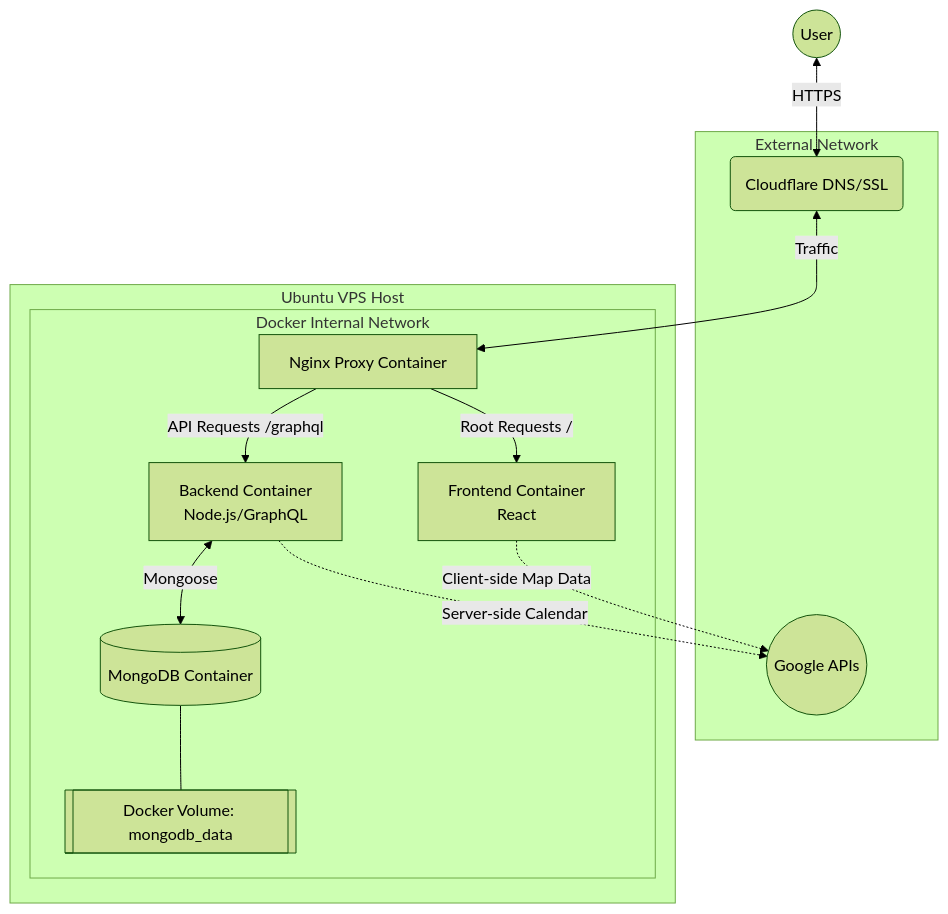
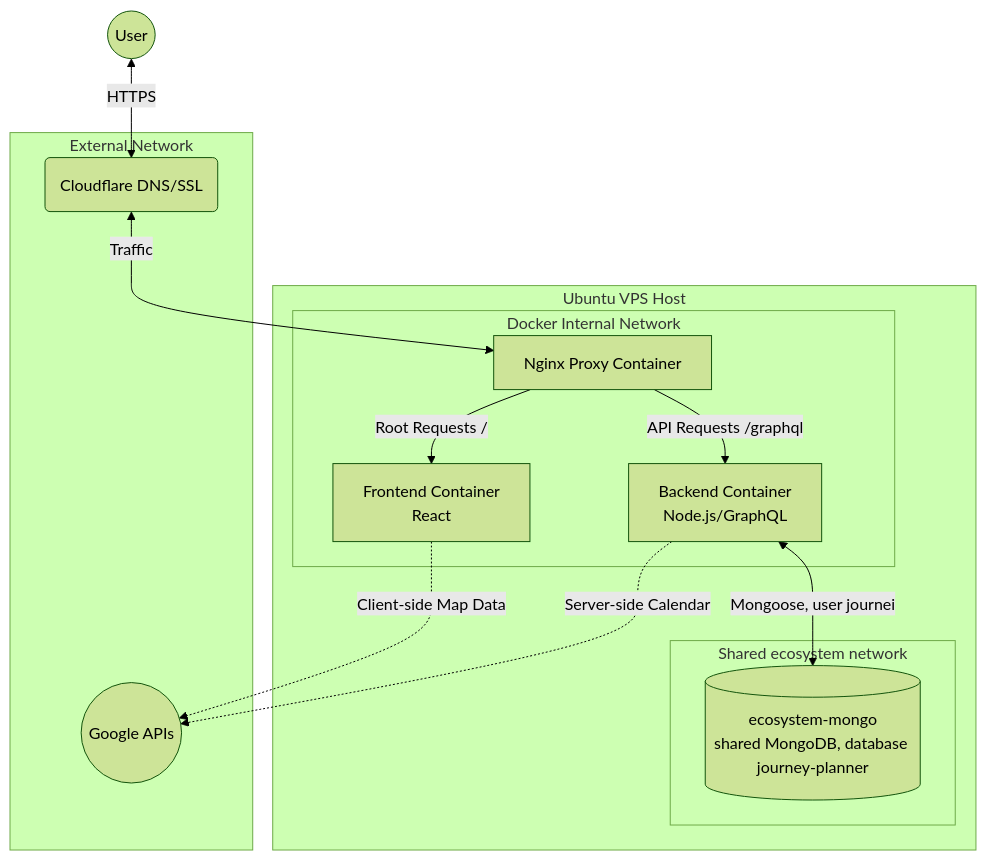
One commit to DangPham112000/Journei changed the first of 2 diagrams in README.md. Above: the diagram before and after it, drawn with Mermaid (forest theme). The commit also changed 4 other files, not shown here.

First line of the commit message:
Use the shared MongoDB instead of the stack's own container (DAN-90)

````diff
--- a/README.md
+++ b/README.md
@@ -27,34 +27,34 @@
 ```mermaid
 flowchart TD
     %% Styles
     classDef network fill:#f0f8ff,stroke:#0000ff,stroke-dasharray: 5 5;
 
     User((User))
 
     subgraph External Network
         Cloudflare(Cloudflare DNS/SSL)
         GoogleAPIs((Google APIs))
     end
 
     subgraph Ubuntu VPS Host
         subgraph Docker Internal Network
             NginxProxy[Nginx Proxy Container]
             Frontend[Frontend Container<br>React]
             Backend[Backend Container<br>Node.js/GraphQL]
-            Mongo[(MongoDB Container)]
-            MongoVol[[Docker Volume: mongodb_data]]
+        end
+        subgraph Shared ecosystem network
+            Mongo[(ecosystem-mongo<br>shared MongoDB, database journey-planner)]
         end
     end
 
     User <-->|HTTPS| Cloudflare
     Cloudflare <-->|Traffic| NginxProxy
 
     NginxProxy -->|Root Requests /| Frontend
     NginxProxy -->|API Requests /graphql| Backend
 
-    Backend <-->|Mongoose| Mongo
-    Mongo --- MongoVol
+    Backend <-->|Mongoose, user journei| Mongo
 
     Frontend -.->|Client-side Map Data| GoogleAPIs
     Backend -.->|Server-side Calendar| GoogleAPIs
 ```
````
